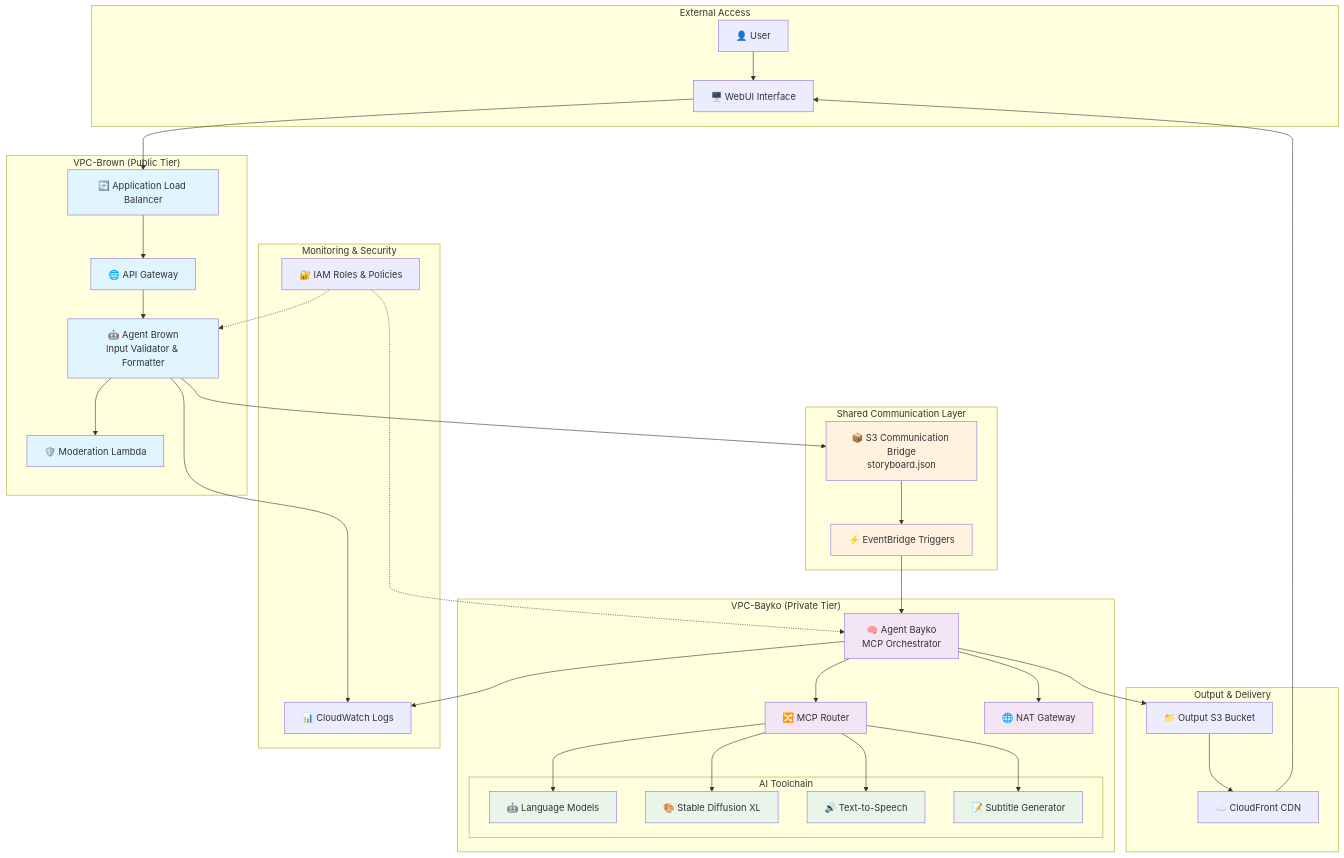
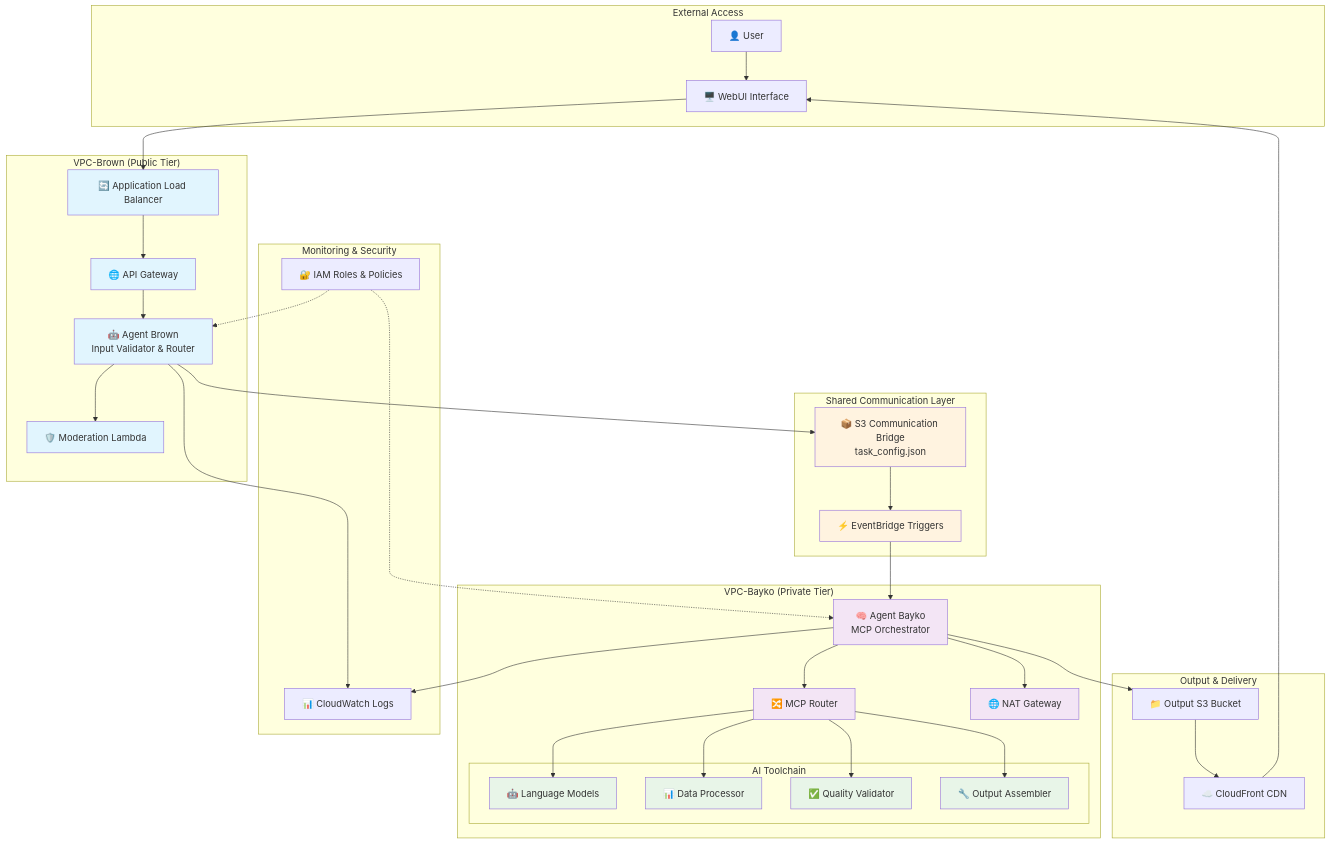
One commit to Ramsi-K/exp-net-fundamentals-2025-Q2 changed the first of 5 diagrams in projects/00-architecture/architecture.md. Above: the diagram before and after it, drawn with Mermaid. The commit also changed other lines of this file and 3 other files, not shown here.

````diff
--- a/projects/00-architecture/architecture.md
+++ b/projects/00-architecture/architecture.md
@@ -28,12 +26,12 @@
     subgraph "VPC-Brown (Public Tier)"
         ALB[🔄 Application Load Balancer]
         AGW[🌐 API Gateway]
-        Brown[🤖 Agent Brown<br/>Input Validator & Formatter]
+        Brown[🤖 Agent Brown<br/>Input Validator & Router]
         ModLambda[🛡️ Moderation Lambda]
     end
 
     subgraph "Shared Communication Layer"
-        S3Bridge[📦 S3 Communication Bridge<br/>storyboard.json]
+        S3Bridge[📦 S3 Communication Bridge<br/>task_config.json]
         EventBridge[⚡ EventBridge Triggers]
     end
 
@@ -43,9 +41,9 @@
 
         subgraph "AI Toolchain"
             LLM[🤖 Language Models]
-            SDXL[🎨 Stable Diffusion XL]
-            TTS[🔊 Text-to-Speech]
-            Subtitler[📝 Subtitle Generator]
+            DataProcessor[📊 Data Processor]
+            Validator[✅ Quality Validator]
+            Assembler[🔧 Output Assembler]
         end
 
         NAT[🌐 NAT Gateway]
@@ -76,9 +74,9 @@
     %% Internal Bayko Processing
     Bayko --> MCPRouter
     MCPRouter --> LLM
-    MCPRouter --> SDXL
-    MCPRouter --> TTS
-    MCPRouter --> Subtitler
+    MCPRouter --> DataProcessor
+    MCPRouter --> Validator
+    MCPRouter --> Assembler
 
     %% Output Flow
     Bayko --> OutputS3
@@ -100,5 +98,5 @@
     class ALB,AGW,Brown,ModLambda publicTier
     class Bayko,MCPRouter,NAT privateTier
     class S3Bridge,EventBridge sharedLayer
-    class LLM,SDXL,TTS,Subtitler aiTools
+    class LLM,DataProcessor,Validator,Assembler aiTools
 ```
````
